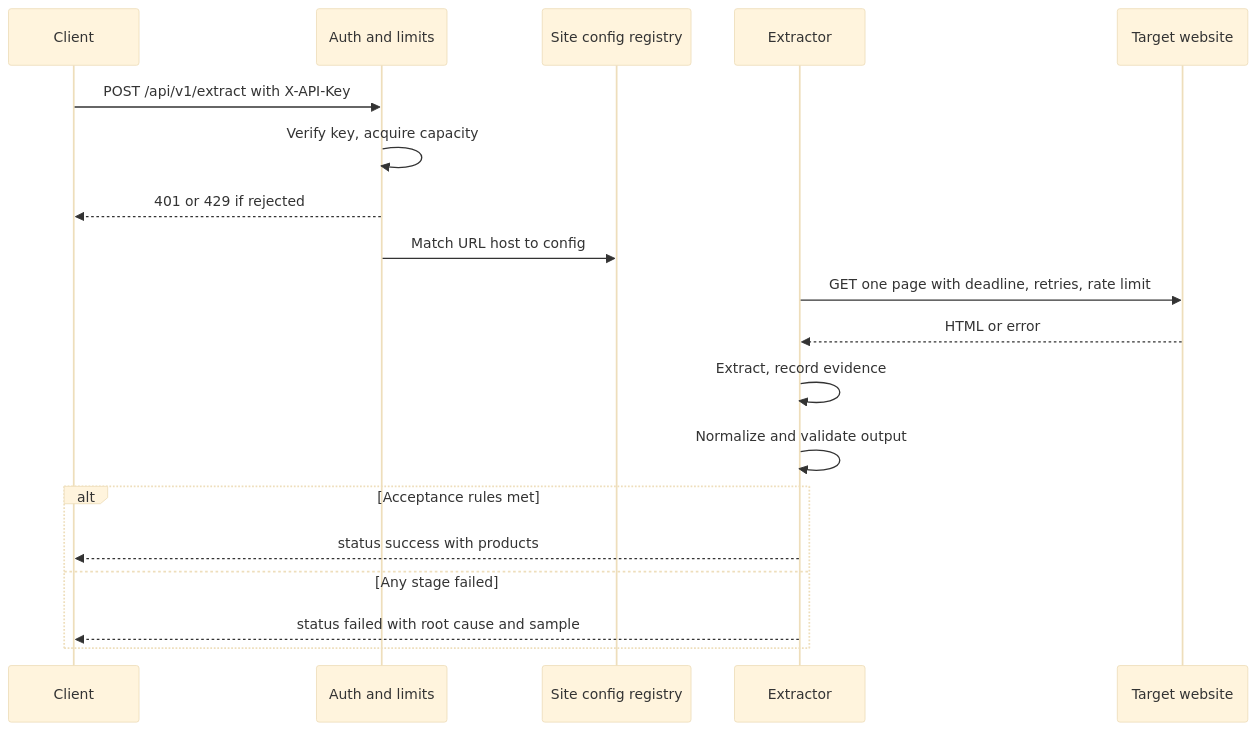
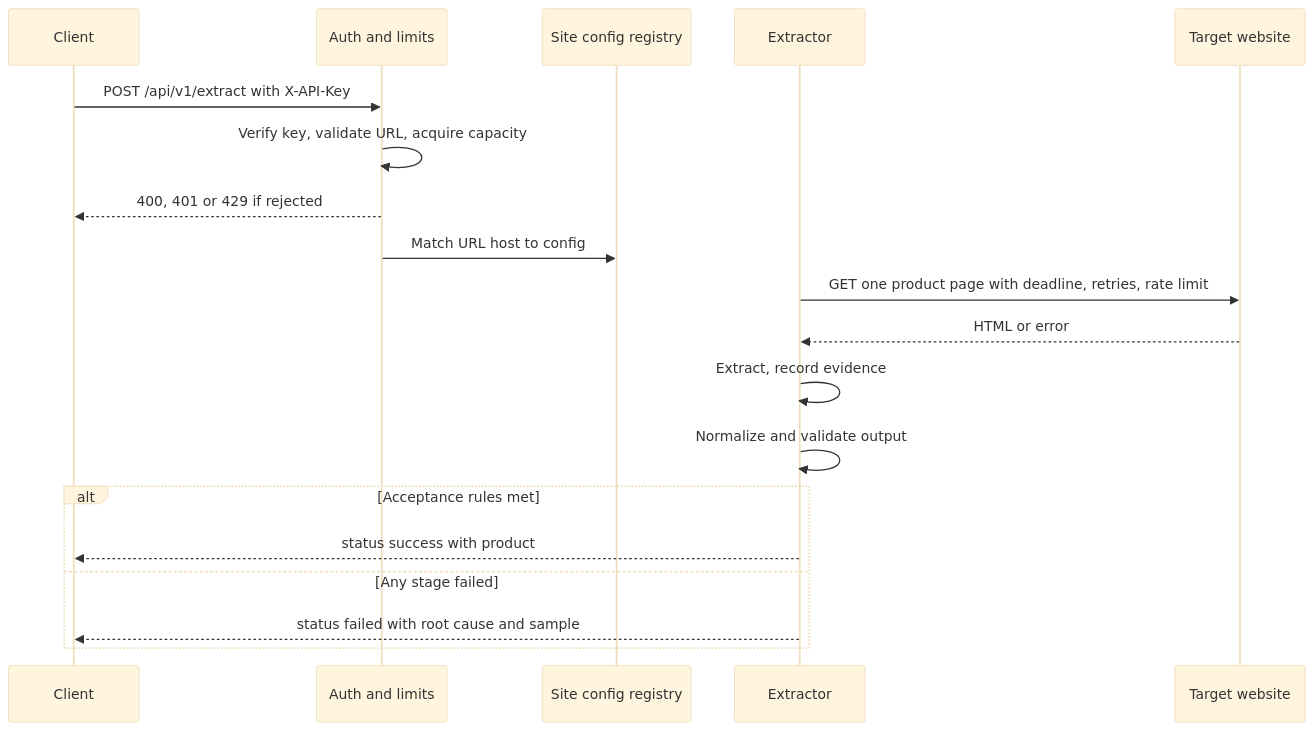
One commit to mobintmu/go-wordpress changed the second of 3 diagrams in md/SYNC_EXTRACTION_PROPOSAL.md. Above: the diagram before and after it, drawn with Mermaid (base theme). The commit also changed other lines of this file and 4 other files, not shown here.

````diff
--- a/md/SYNC_EXTRACTION_PROPOSAL.md
+++ b/md/SYNC_EXTRACTION_PROPOSAL.md
@@ -64,22 +67,22 @@
 ```mermaid
 sequenceDiagram
     participant C as Client
     participant A as Auth and limits
     participant R as Site config registry
     participant E as Extractor
     participant W as Target website
 
     C->>A: POST /api/v1/extract with X-API-Key
-    A->>A: Verify key, acquire capacity
-    A-->>C: 401 or 429 if rejected
+    A->>A: Verify key, validate URL, acquire capacity
+    A-->>C: 400, 401 or 429 if rejected
     A->>R: Match URL host to config
-    E->>W: GET one page with deadline, retries, rate limit
+    E->>W: GET one product page with deadline, retries, rate limit
     W-->>E: HTML or error
     E->>E: Extract, record evidence
     E->>E: Normalize and validate output
     alt Acceptance rules met
-        E-->>C: status success with products
+        E-->>C: status success with product
     else Any stage failed
         E-->>C: status failed with root cause and sample
     end
 ```
````
